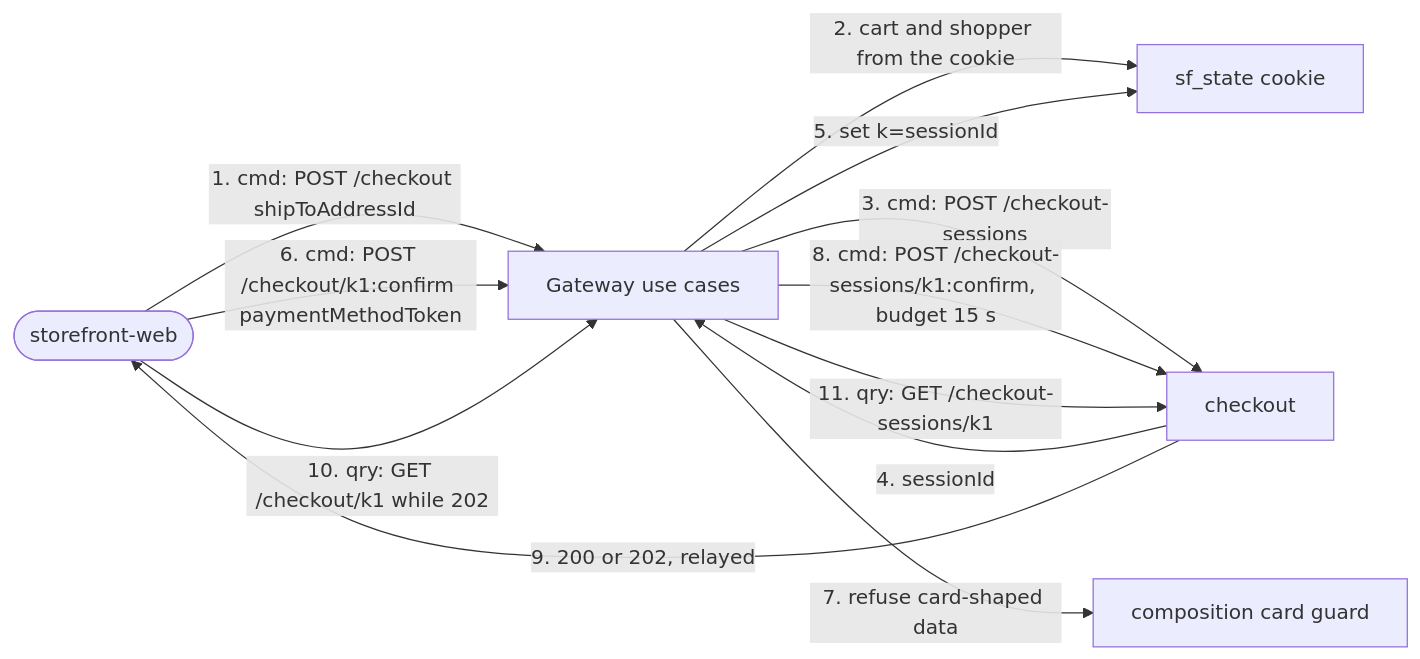
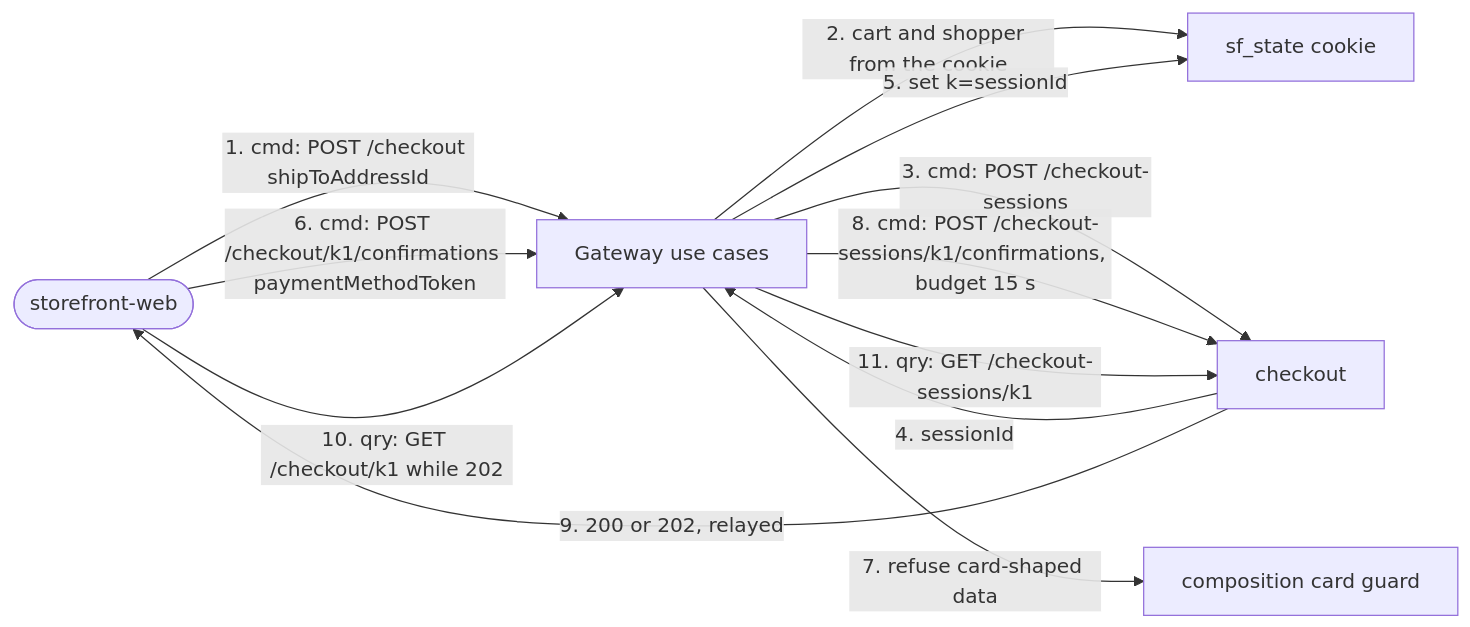
Before and after one commit to IQVO/storefront-bff: the third of 4 diagrams in docs/docs/ddd/domain-message-flow.md, drawn with Mermaid. The commit also changed other lines of this file and 17 other files, not shown here.

````diff
--- a/docs/docs/ddd/domain-message-flow.md
+++ b/docs/docs/ddd/domain-message-flow.md
@@ -80,19 +80,19 @@
 ```mermaid
 flowchart LR
     web(["storefront-web"])
     gw["Gateway use cases"]
     guard["composition card guard"]
     ck["checkout"]
     ck0["sf_state cookie"]
     web -->|"1. cmd: POST /checkout shipToAddressId"| gw
     gw -->|"2. cart and shopper from the cookie"| ck0
     gw -->|"3. cmd: POST /checkout-sessions"| ck
     ck -->|"4. sessionId"| gw
     gw -->|"5. set k=sessionId"| ck0
-    web -->|"6. cmd: POST /checkout/k1:confirm paymentMethodToken"| gw
+    web -->|"6. cmd: POST /checkout/k1/confirmations paymentMethodToken"| gw
     gw -->|"7. refuse card-shaped data"| guard
-    gw -->|"8. cmd: POST /checkout-sessions/k1:confirm, budget 15 s"| ck
+    gw -->|"8. cmd: POST /checkout-sessions/k1/confirmations, budget 15 s"| ck
     ck -->|"9. 200 or 202, relayed"| web
     web -->|"10. qry: GET /checkout/k1 while 202"| gw
     gw -->|"11. qry: GET /checkout-sessions/k1"| ck
 ```
````
